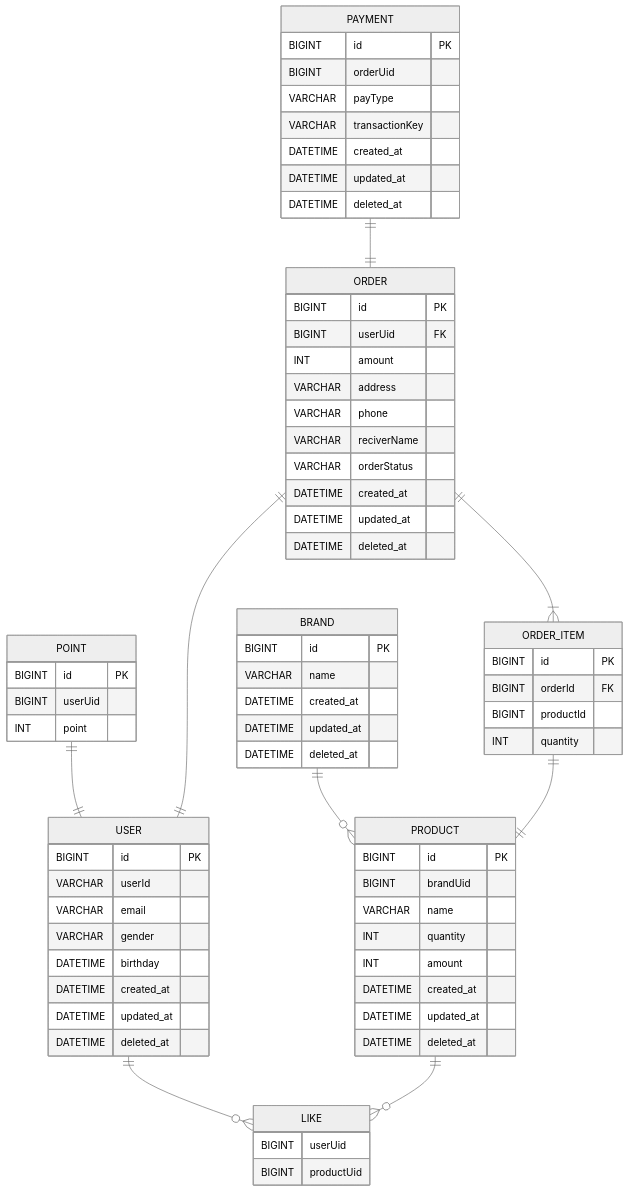
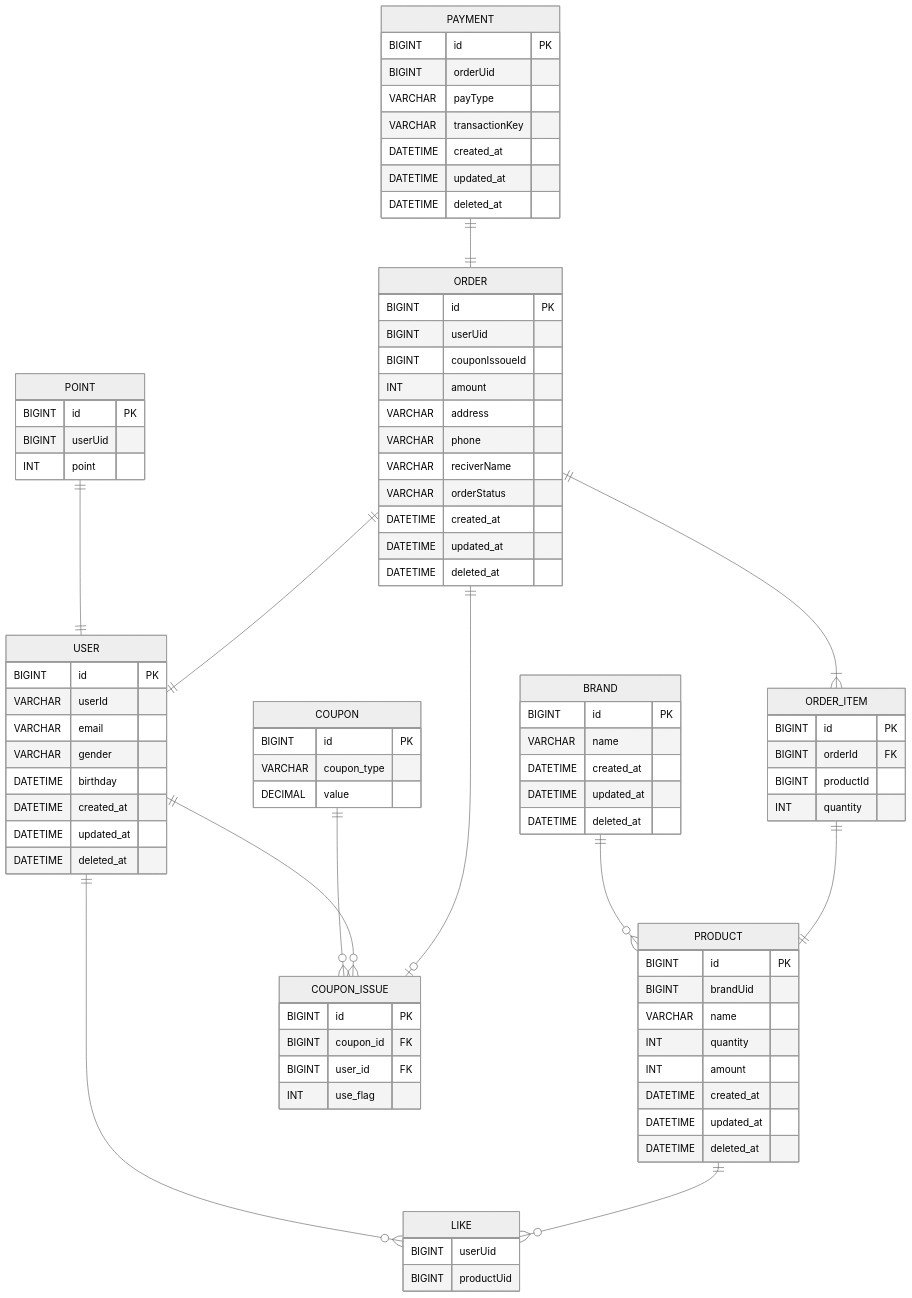
The diagram in .docs/04-erd.md (donghyeon3813/vibe-commerce), drawn with Mermaid (neutral theme) before and after one commit. The commit also changed 48 other files, not shown here.

````diff
--- a/.docs/04-erd.md
+++ b/.docs/04-erd.md
@@ -43,7 +43,8 @@
 
     ORDER {
         BIGINT id PK
-        BIGINT userUid FK
+        BIGINT userUid
+        BIGINT couponIssoueId
         INT amount
         VARCHAR address
         VARCHAR phone
@@ -70,6 +71,19 @@
         DATETIME updated_at
         DATETIME deleted_at
     }
+    
+    COUPON {
+        BIGINT id PK
+        VARCHAR coupon_type
+        DECIMAL value
+    }
+
+    COUPON_ISSUE {
+        BIGINT id PK
+        BIGINT coupon_id FK
+        BIGINT user_id FK
+        INT use_flag
+    }
 
 %% 관계 정의
     POINT ||--|| USER : ""
@@ -80,5 +94,9 @@
     ORDER ||--|| USER : ""
     ORDER_ITEM ||--|| PRODUCT : ""
     PAYMENT ||--|| ORDER : ""
+    COUPON ||--o{ COUPON_ISSUE : ""
+    USER ||--o{ COUPON_ISSUE : ""
+    ORDER ||--o| COUPON_ISSUE : ""
+    
 
 ```
````
